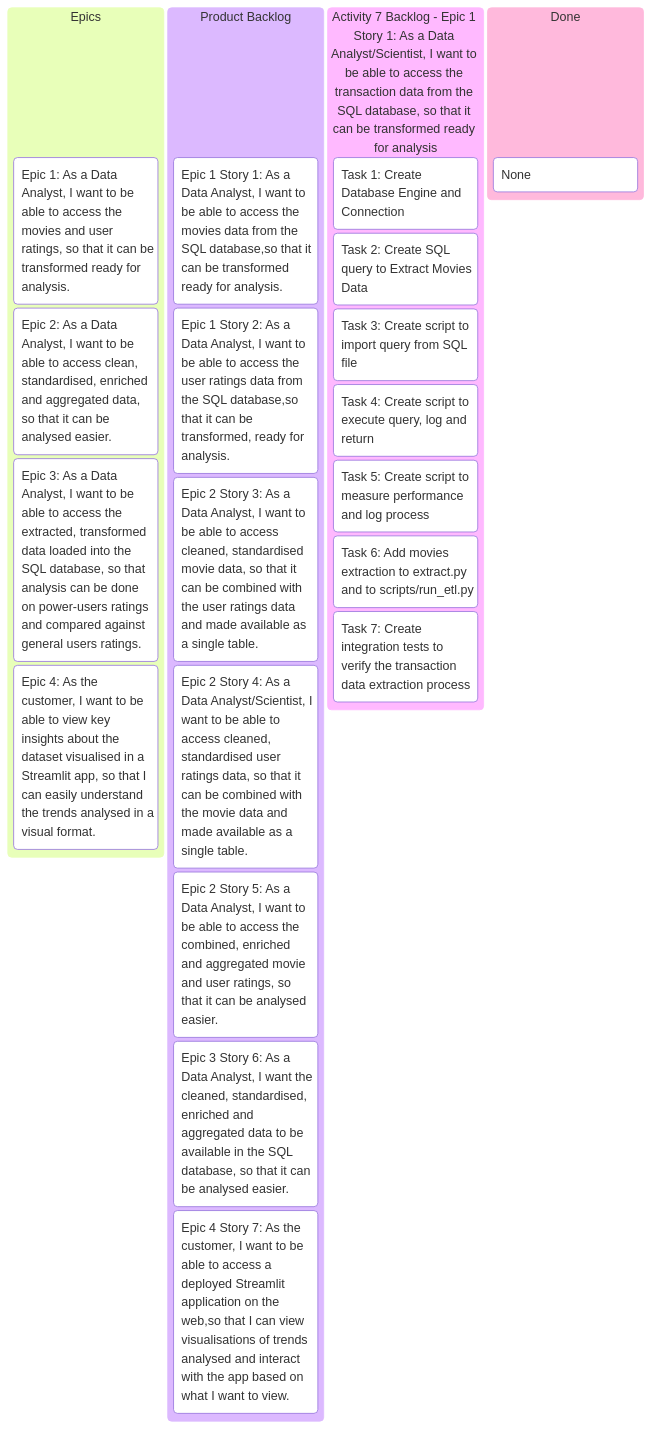
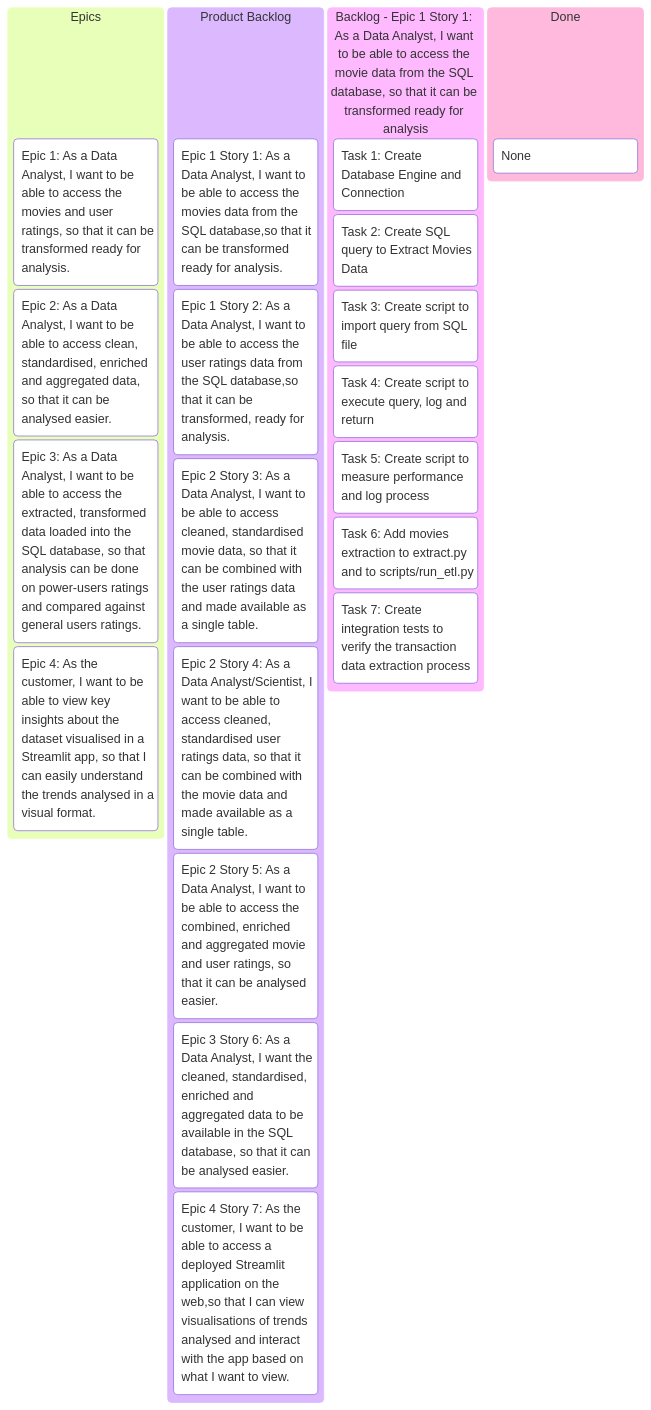
One commit to budaejji/Letterboxd-Capstone changed the diagram in README.md. Above: the diagram before and after it, drawn with Mermaid. The commit also changed other lines of this file, not shown here.

````diff
--- a/README.md
+++ b/README.md
@@ -267,26 +261,26 @@
 ```mermaid
 kanban
     Epics
         (Epic 1: As a Data Analyst, I want to be able to access the movies and user ratings, so that it can be transformed ready for analysis.)
         (Epic 2: As a Data Analyst, I want to be able to access clean, standardised, enriched and aggregated data, so that it can be analysed easier.)
         (Epic 3: As a Data Analyst, I want to be able to access the extracted, transformed data loaded into the SQL database, so that analysis can be done on power-users ratings and compared against general users ratings.)
         (Epic 4: As the customer, I want to be able to view key insights about the dataset visualised in a Streamlit app, so that I can easily understand the trends analysed in a visual format.)
     Product Backlog
         (Epic 1 Story 1: As a Data Analyst, I want to be able to access the movies data from the SQL database,so that it can be transformed ready for analysis.)
         (Epic 1 Story 2: As a Data Analyst, I want to be able to access the user ratings data from the SQL database,so that it can be transformed, ready for analysis.)
         (Epic 2 Story 3: As a Data Analyst, I want to be able to access cleaned, standardised movie data, so that it can be combined with the user ratings data and made available as a single table.)
         (Epic 2 Story 4: As a Data Analyst/Scientist, I want to be able to access cleaned, standardised user ratings data, so that it can be combined with the movie data and made available as a single table.)
         (Epic 2 Story 5: As a Data Analyst, I want to be able to access the combined, enriched and aggregated movie and user ratings, so that it can be analysed easier.)
         (Epic 3 Story 6: As a Data Analyst, I want the cleaned, standardised, enriched and aggregated data to be available in the SQL database, so that it can be analysed easier.)
         (Epic 4 Story 7: As the customer, I want to be able to access a deployed Streamlit application on the web,so that I can view visualisations of trends analysed and interact with the app based on what I want to view.)
-    (Activity 7 Backlog - Epic 1 Story 1: As a Data Analyst/Scientist, I want to be able to access the transaction data from the SQL database, so that it can be transformed ready for analysis)
+    (Backlog - Epic 1 Story 1: As a Data Analyst, I want to be able to access the movie data from the SQL database, so that it can be transformed ready for analysis)
         Task 1: Create Database Engine and Connection
         Task 2: Create SQL query to Extract Movies Data
         Task 3: Create script to import query from SQL file
         Task 4: Create script to execute query, log and return
         Task 5: Create script to measure performance and log process
         Task 6: Add movies extraction to extract.py and to scripts/run_etl.py
         Task 7: Create integration tests to verify the transaction data extraction process
     Done
         None
 ```
````
